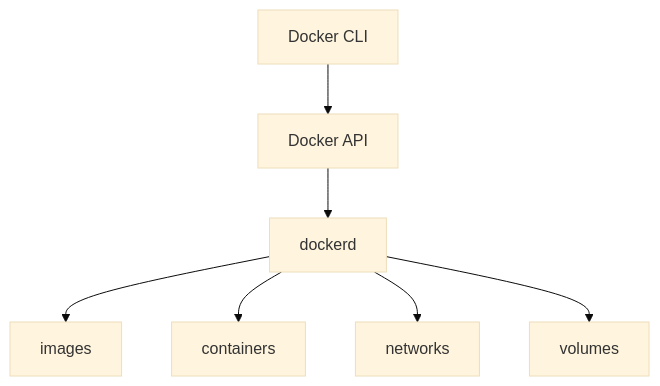
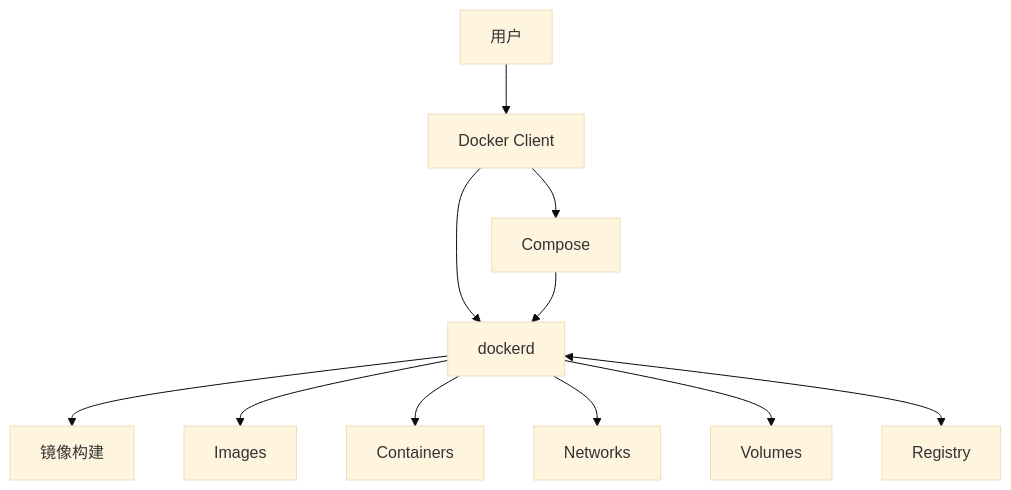
Before and after one commit to hwang-protocol/docker_k8s_2026: the first of 8 diagrams in docker/docker_7_other/README.md, drawn with Mermaid (base theme). The commit also changed other lines of this file, not shown here.

Commit message:
Add overview diagram to Docker documentation, illustrating the client-server architecture and component interactions. Removed outdated diagram for improved clarity on Docker's operational flow and relationships between users, CLI, daemon, and other components.

````diff
--- a/docker/docker_7_other/README.md
+++ b/docker/docker_7_other/README.md
@@ -67,17 +49,24 @@
 ```mermaid
 flowchart TD
-  CLI[Docker CLI]
-  API[Docker API]
+  User[用户]
+  CLI[Docker Client]
   Daemon[dockerd]
-  Img[images]
-  Ctn[containers]
-  Net[networks]
-  Vol[volumes]
+  Registry[Registry]
+  Build[镜像构建]
+  Image[Images]
+  Container[Containers]
+  Network[Networks]
+  Volume[Volumes]
+  Compose[Compose]
 
-  CLI --> API
-  API --> Daemon
-  Daemon --> Img
-  Daemon --> Ctn
-  Daemon --> Net
-  Daemon --> Vol
+  User --> CLI
+  CLI --> Daemon
+  CLI --> Compose
+  Compose --> Daemon
+  Daemon --> Build
+  Daemon --> Image
+  Daemon --> Container
+  Daemon --> Network
+  Daemon --> Volume
+  Daemon <--> Registry
 ```
````
